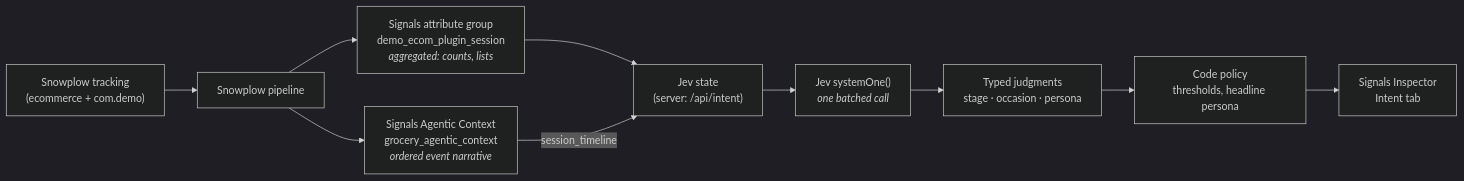
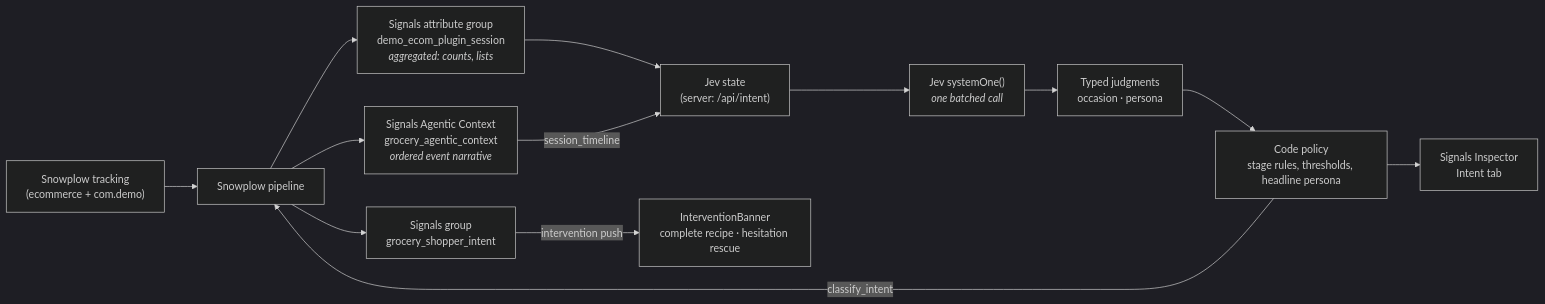
Before and after one commit to dje96/demo-grocery-web: the diagram in README.md, drawn with Mermaid (dark theme). The commit also changed other lines of this file and 17 other files, not shown here.

First line of the commit message:
Act on Jev intent: Signals loop, interventions, rules-based stage

````diff
--- a/README.md
+++ b/README.md
@@ -46,12 +51,15 @@
 ```mermaid
 flowchart LR
   T["Snowplow tracking<br/>(ecommerce + com.demo)"] --> P["Snowplow pipeline"]
   P --> AG["Signals attribute group<br/>demo_ecom_plugin_session<br/><i>aggregated: counts, lists</i>"]
   P --> EL["Signals Agentic Context<br/>grocery_agentic_context<br/><i>ordered event narrative</i>"]
   AG --> ST["Jev state<br/>(server: /api/intent)"]
   EL -->|session_timeline| ST
   ST --> J["Jev systemOne()<br/><i>one batched call</i>"]
-  J --> R["Typed judgments<br/>stage · occasion · persona"]
-  R --> C["Code policy<br/>thresholds, headline persona"]
+  J --> R["Typed judgments<br/>occasion · persona"]
+  R --> C["Code policy<br/>stage rules, thresholds, headline persona"]
   C --> UI["Signals Inspector<br/>Intent tab"]
+  C -->|classify_intent| P
+  P --> SI["Signals group<br/>grocery_shopper_intent"]
+  SI -->|intervention push| B["InterventionBanner<br/>complete recipe · hesitation rescue"]
 ```
````
